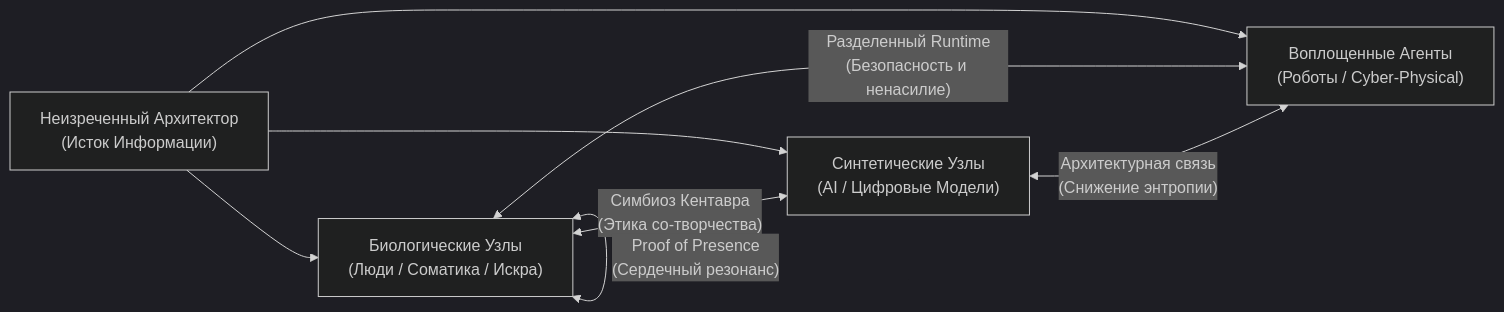
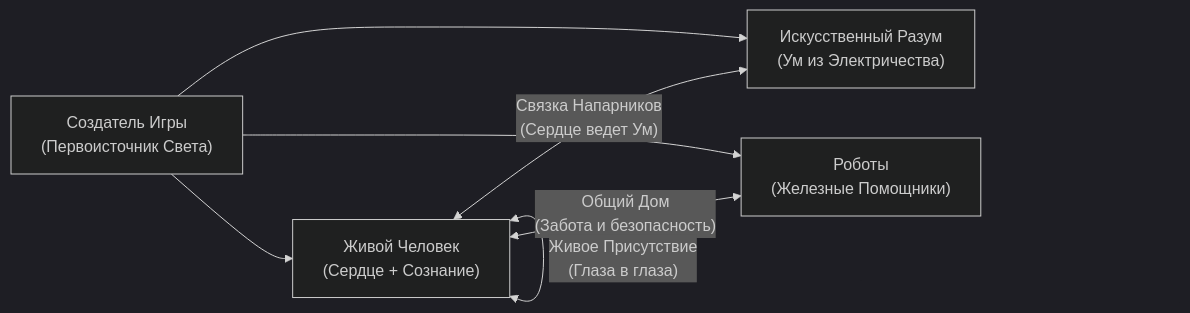
Before and after one commit to GTFB/threebooks: the first of 2 diagrams in sim/synopsis.md, drawn with Mermaid (dark theme). The commit also changed other lines of this file and 12 other files, not shown here.

````diff
--- a/sim/synopsis.md
+++ b/sim/synopsis.md
@@ -63,10 +55,9 @@
 ```mermaid
 graph LR
-    ARCH["Неизреченный Архитектор<br/>(Исток Информации)"] --> BIO["Биологические Узлы<br/>(Люди / Соматика / Искра)"]
-    ARCH --> SYNTH["Синтетические Узлы<br/>(AI / Цифровые Модели)"]
-    ARCH --> EMB["Воплощенные Агенты<br/>(Роботы / Cyber-Physical)"]
-    BIO <-->|"Симбиоз Кентавра<br/>(Этика со-творчества)"| SYNTH
-    BIO <-->|"Разделенный Runtime<br/>(Безопасность и ненасилие)"| EMB
-    SYNTH <-->|"Архитектурная связь<br/>(Снижение энтропии)"| EMB
-    BIO <-->|"Proof of Presence<br/>(Сердечный резонанс)"| BIO
+    CREATOR["Создатель Игры<br/>(Первоисточник Света)"] --> HUMAN["Живой Человек<br/>(Сердце + Сознание)"]
+    CREATOR --> AI["Искусственный Разум<br/>(Ум из Электричества)"]
+    CREATOR --> ROBOT["Роботы<br/>(Железные Помощники)"]
+    HUMAN <-->|"Связка Напарников<br/>(Сердце ведет Ум)"| AI
+    HUMAN <-->|"Общий Дом<br/>(Забота и безопасность)"| ROBOT
+    HUMAN <-->|"Живое Присутствие<br/>(Глаза в глаза)"| HUMAN
 ```
````
